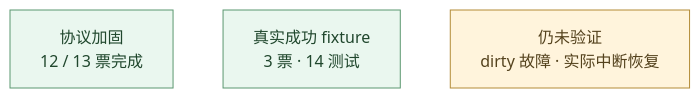
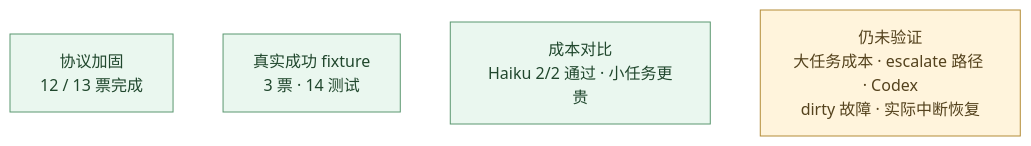
Before and after one commit to miniLV/grill-autopilot: the second of 2 diagrams in README.md, drawn with Mermaid. The commit also changed other lines of this file and 30 other files, not shown here.

````diff
--- a/README.md
+++ b/README.md
@@ -108,9 +128,10 @@
 ```mermaid
 flowchart LR
     A["协议加固<br/>12 / 13 票完成"] ~~~ B["真实成功 fixture<br/>3 票 · 14 测试"]
-    B ~~~ C["仍未验证<br/>dirty 故障 · 实际中断恢复"]
+    B ~~~ D["成本对比<br/>Haiku 2/2 通过 · 小任务更贵"]
+    D ~~~ C["仍未验证<br/>大任务成本 · escalate 路径 · Codex<br/>dirty 故障 · 实际中断恢复"]
     classDef done fill:#eaf7ef,stroke:#5b9770,color:#20472d
     classDef pending fill:#fff4dc,stroke:#b38b37,color:#54421d
-    class A,B done
+    class A,B,D done
     class C pending
 ```
````
